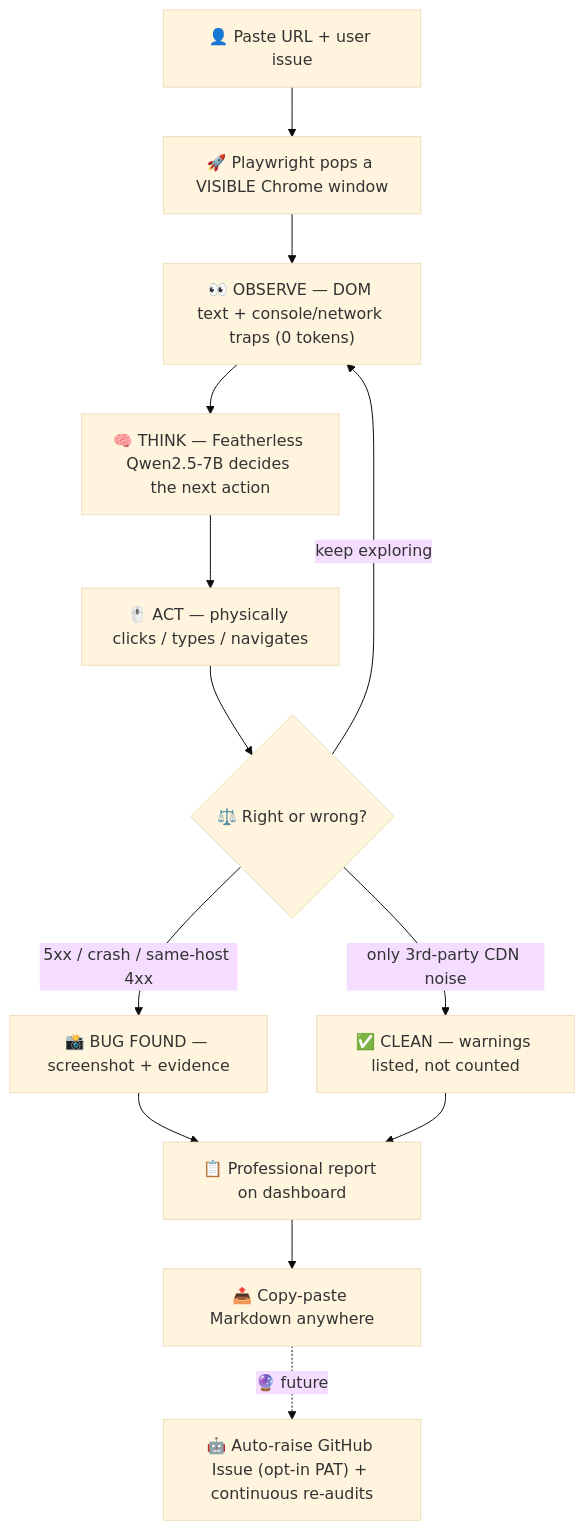
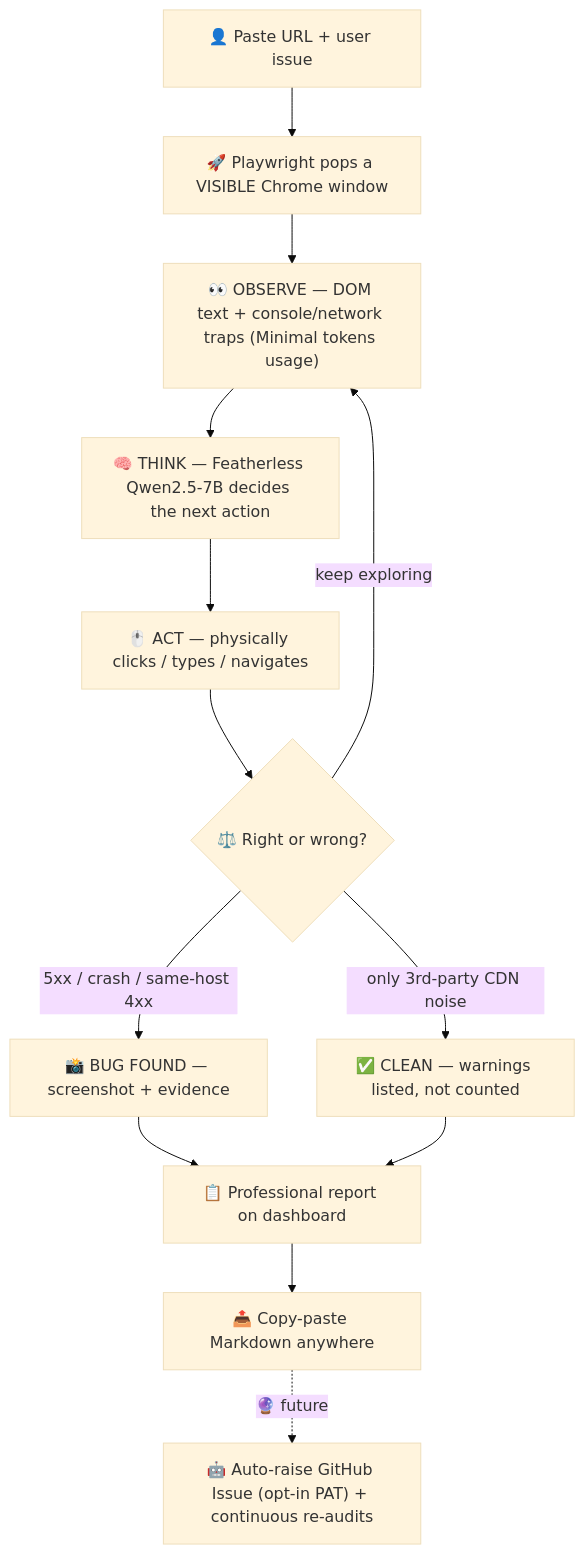
One commit to karthikeyagoud045-ANU/omni-qa-agent changed the diagram in README.md. Above: the diagram before and after it, drawn with Mermaid (base theme).

````diff
--- a/README.md
+++ b/README.md
@@ -32,15 +32,15 @@
 ```mermaid
 flowchart TD
     A["👤 Paste URL + user issue"] --> B["🚀 Playwright pops a VISIBLE Chrome window"]
-    B --> C["👀 OBSERVE — DOM text + console/network traps (0 tokens)"]
+    B --> C["👀 OBSERVE — DOM text + console/network traps (Minimal tokens usage)"]
     C --> D["🧠 THINK — Featherless Qwen2.5-7B decides the next action"]
     D --> E["🖱️ ACT — physically clicks / types / navigates"]
     E --> F{"⚖️ Right or wrong?"}
     F -- "5xx / crash / same-host 4xx" --> G["📸 BUG FOUND — screenshot + evidence"]
     F -- "only 3rd-party CDN noise" --> H["✅ CLEAN — warnings listed, not counted"]
     F -- "keep exploring" --> C
     G --> I["📋 Professional report on dashboard"]
     H --> I
     I --> J["📤 Copy-paste Markdown anywhere"]
     J -.->|🔮 future| K["🤖 Auto-raise GitHub Issue (opt-in PAT) + continuous re-audits"]
 ```
````
